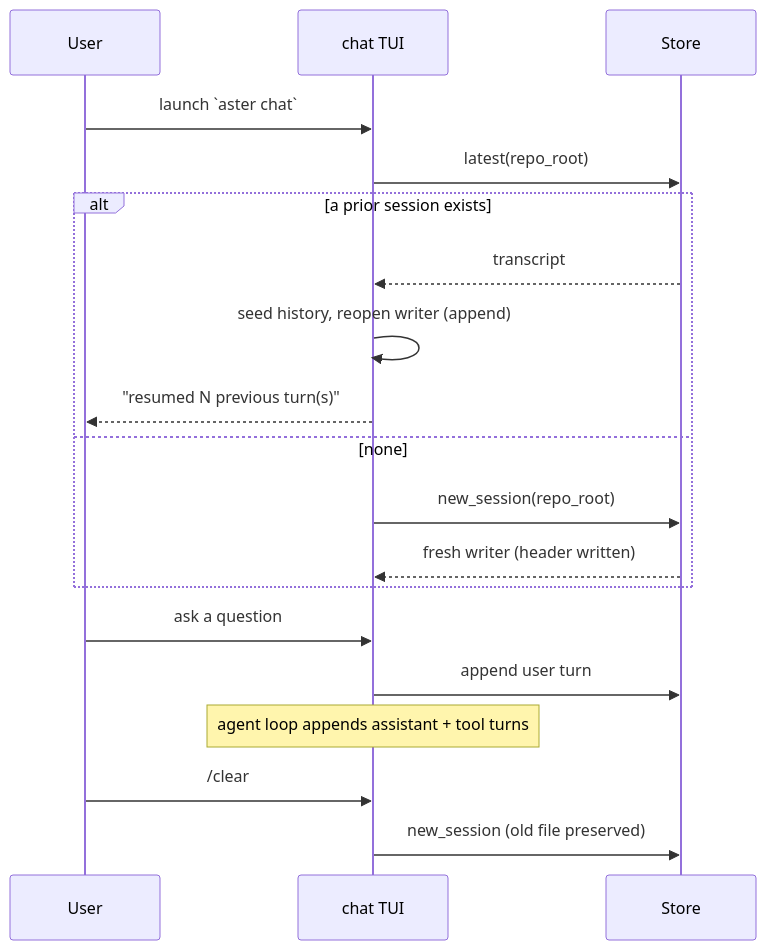
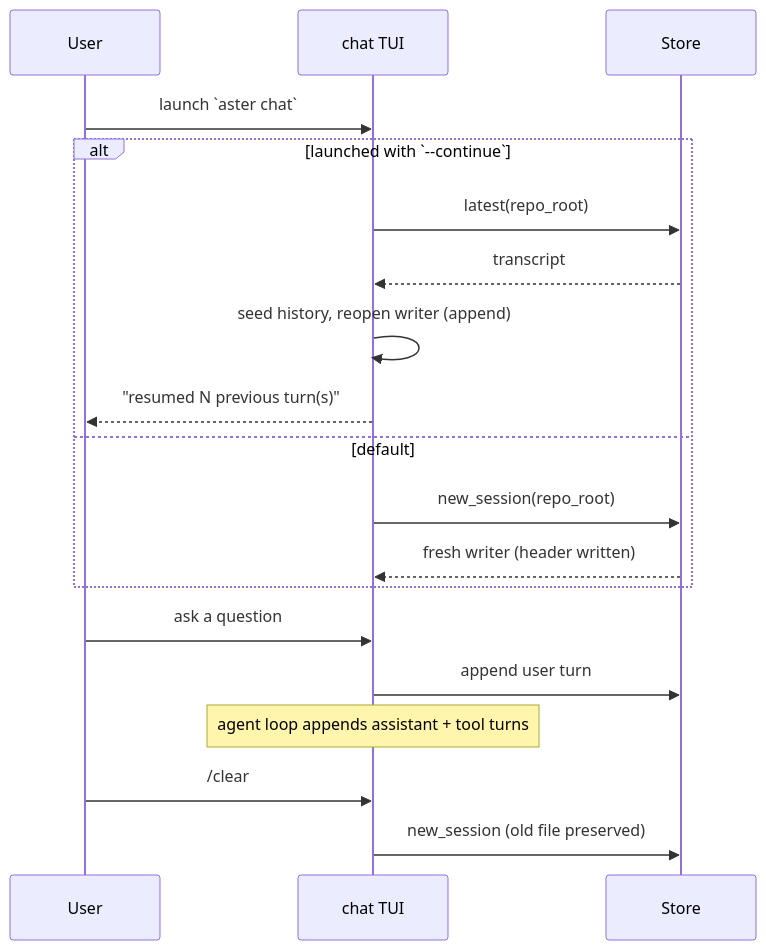
Before and after one commit to Zfinix/aster: the second of 4 diagrams in docs/MEMORY.md, drawn with Mermaid. The commit also changed other lines of this file and 14 other files, not shown here.

````diff
--- a/docs/MEMORY.md
+++ b/docs/MEMORY.md
@@ -122,21 +126,21 @@
 ```mermaid
 sequenceDiagram
     participant U as User
     participant TUI as chat TUI
     participant S as Store
     U->>TUI: launch `aster chat`
-    TUI->>S: latest(repo_root)
-    alt a prior session exists
+    alt launched with `--continue`
+        TUI->>S: latest(repo_root)
         S-->>TUI: transcript
         TUI->>TUI: seed history, reopen writer (append)
         TUI-->>U: "resumed N previous turn(s)"
-    else none
+    else default
         TUI->>S: new_session(repo_root)
         S-->>TUI: fresh writer (header written)
     end
     U->>TUI: ask a question
     TUI->>S: append user turn
     Note over TUI: agent loop appends assistant + tool turns
     U->>TUI: /clear
     TUI->>S: new_session (old file preserved)
 ```
````
